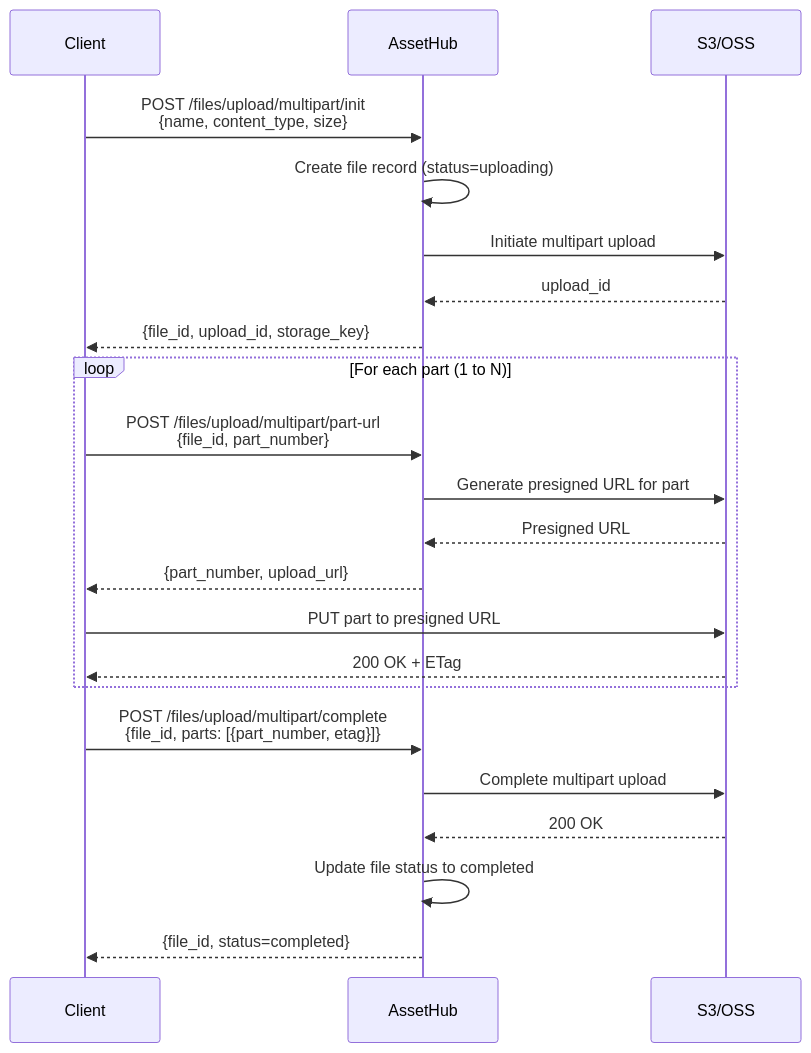
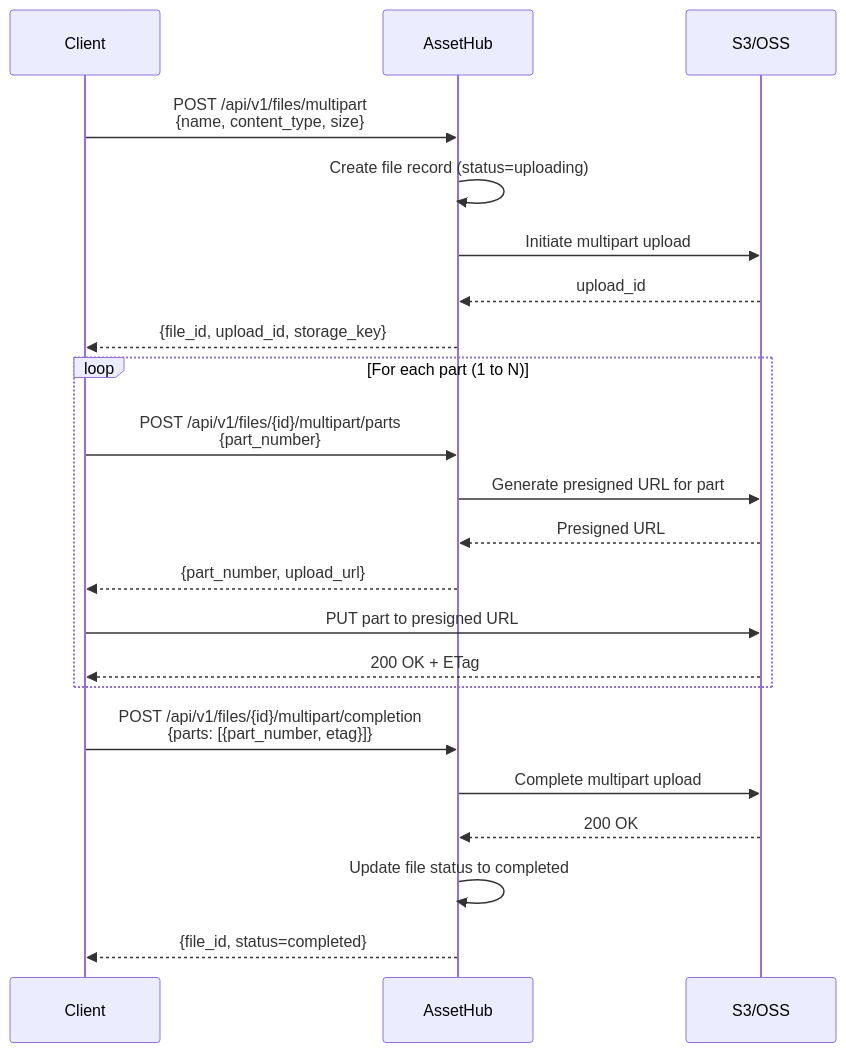
Before and after one commit to NanoBoom/AssetHub: the second of 4 diagrams in README.md, drawn with Mermaid. The commit also changed other lines of this file and 14 other files, not shown here.

````diff
--- a/README.md
+++ b/README.md
@@ -369,28 +379,28 @@
 ```mermaid
 sequenceDiagram
     participant Client
     participant AssetHub
     participant S3/OSS
 
-    Client->>AssetHub: POST /files/upload/multipart/init<br/>{name, content_type, size}
+    Client->>AssetHub: POST /api/v1/files/multipart<br/>{name, content_type, size}
     AssetHub->>AssetHub: Create file record (status=uploading)
     AssetHub->>S3/OSS: Initiate multipart upload
     S3/OSS-->>AssetHub: upload_id
     AssetHub-->>Client: {file_id, upload_id, storage_key}
 
     loop For each part (1 to N)
-        Client->>AssetHub: POST /files/upload/multipart/part-url<br/>{file_id, part_number}
+        Client->>AssetHub: POST /api/v1/files/{id}/multipart/parts<br/>{part_number}
         AssetHub->>S3/OSS: Generate presigned URL for part
         S3/OSS-->>AssetHub: Presigned URL
         AssetHub-->>Client: {part_number, upload_url}
 
         Client->>S3/OSS: PUT part to presigned URL
         S3/OSS-->>Client: 200 OK + ETag
     end
 
-    Client->>AssetHub: POST /files/upload/multipart/complete<br/>{file_id, parts: [{part_number, etag}]}
+    Client->>AssetHub: POST /api/v1/files/{id}/multipart/completion<br/>{parts: [{part_number, etag}]}
     AssetHub->>S3/OSS: Complete multipart upload
     S3/OSS-->>AssetHub: 200 OK
     AssetHub->>AssetHub: Update file status to completed
     AssetHub-->>Client: {file_id, status=completed}
 ```
````
